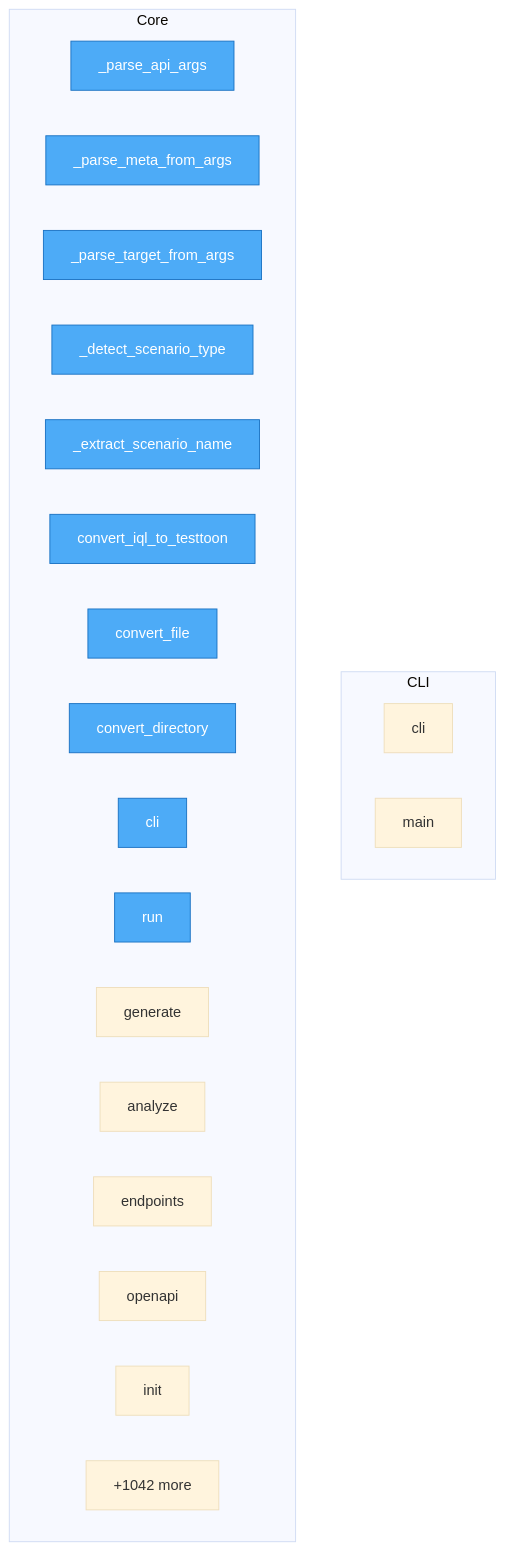
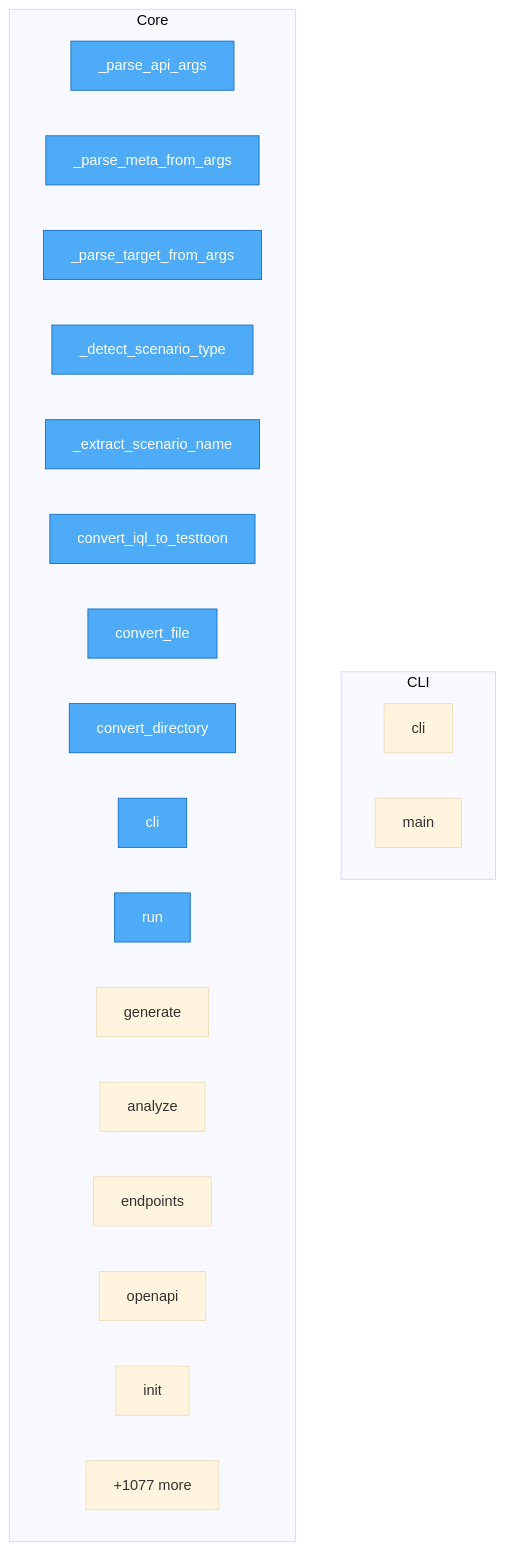
The diagram in project/flow.mmd (oqlos/testql), drawn with Mermaid (base theme) before and after one commit. The commit also changed 81 other files, not shown here.

```diff
--- a/project/flow.mmd
+++ b/project/flow.mmd
@@ -1,30 +1,30 @@
 flowchart TD
 
     %% Entry points (blue)
     classDef entry fill:#4dabf7,stroke:#1971c2,color:#fff
 
     subgraph CLI
         testql__cli__cli["cli"]
         testql__cli__main["main"]
     end
 
     subgraph Core
         code2llm_output__map__toon___parse_api_args["_parse_api_args"]
         code2llm_output__map__toon___parse_meta_from_args["_parse_meta_from_args"]
         code2llm_output__map__toon___parse_target_from_args["_parse_target_from_args"]
         code2llm_output__map__toon___detect_scenario_type["_detect_scenario_type"]
         code2llm_output__map__toon___extract_scenario_name["_extract_scenario_name"]
         code2llm_output__map__toon__convert_iql_to_testtoon["convert_iql_to_testtoon"]
         code2llm_output__map__toon__convert_file["convert_file"]
         code2llm_output__map__toon__convert_directory["convert_directory"]
         code2llm_output__map__toon__cli["cli"]
         code2llm_output__map__toon__run["run"]
         code2llm_output__map__toon__generate["generate"]
         code2llm_output__map__toon__analyze["analyze"]
         code2llm_output__map__toon__endpoints["endpoints"]
         code2llm_output__map__toon__openapi["openapi"]
         code2llm_output__map__toon__init["init"]
-        ...["+1042 more"]
+        ...["+1077 more"]
     end
 
     class code2llm_output__map__toon___parse_api_args,code2llm_output__map__toon___parse_meta_from_args,code2llm_output__map__toon___parse_target_from_args,code2llm_output__map__toon___detect_scenario_type,code2llm_output__map__toon___extract_scenario_name,code2llm_output__map__toon__convert_iql_to_testtoon,code2llm_output__map__toon__convert_file,code2llm_output__map__toon__convert_directory,code2llm_output__map__toon__cli,code2llm_output__map__toon__run entry
```
